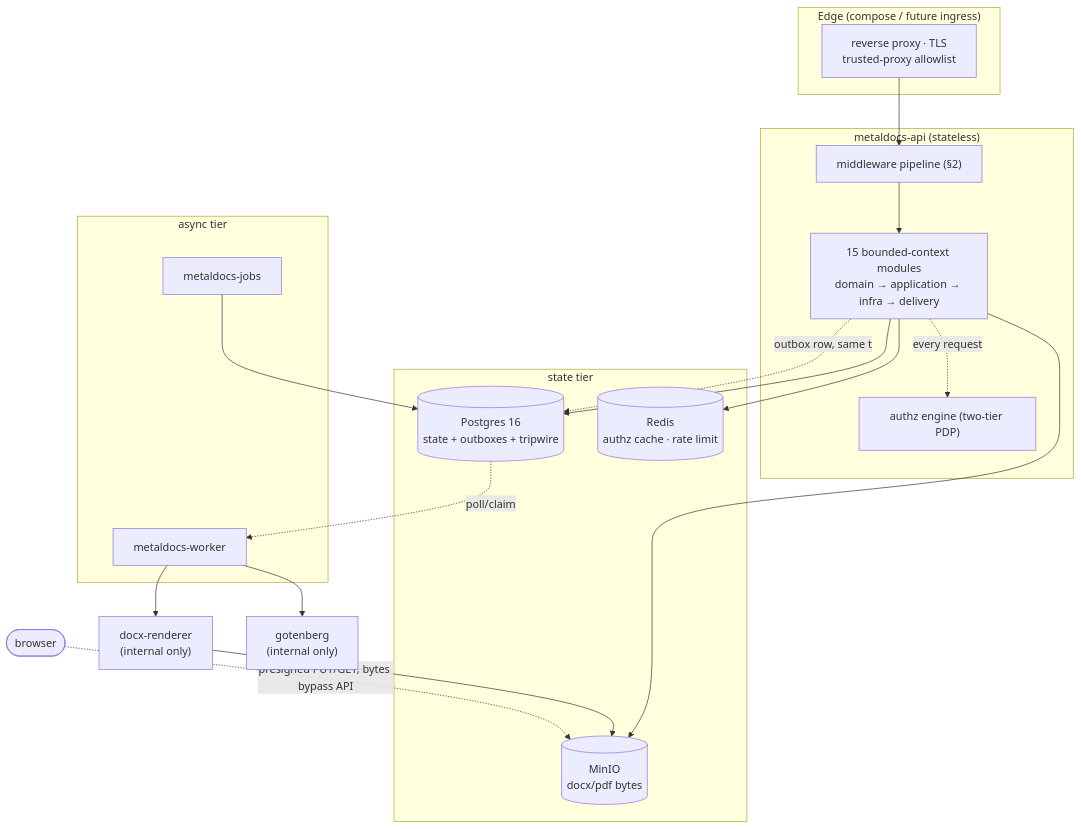
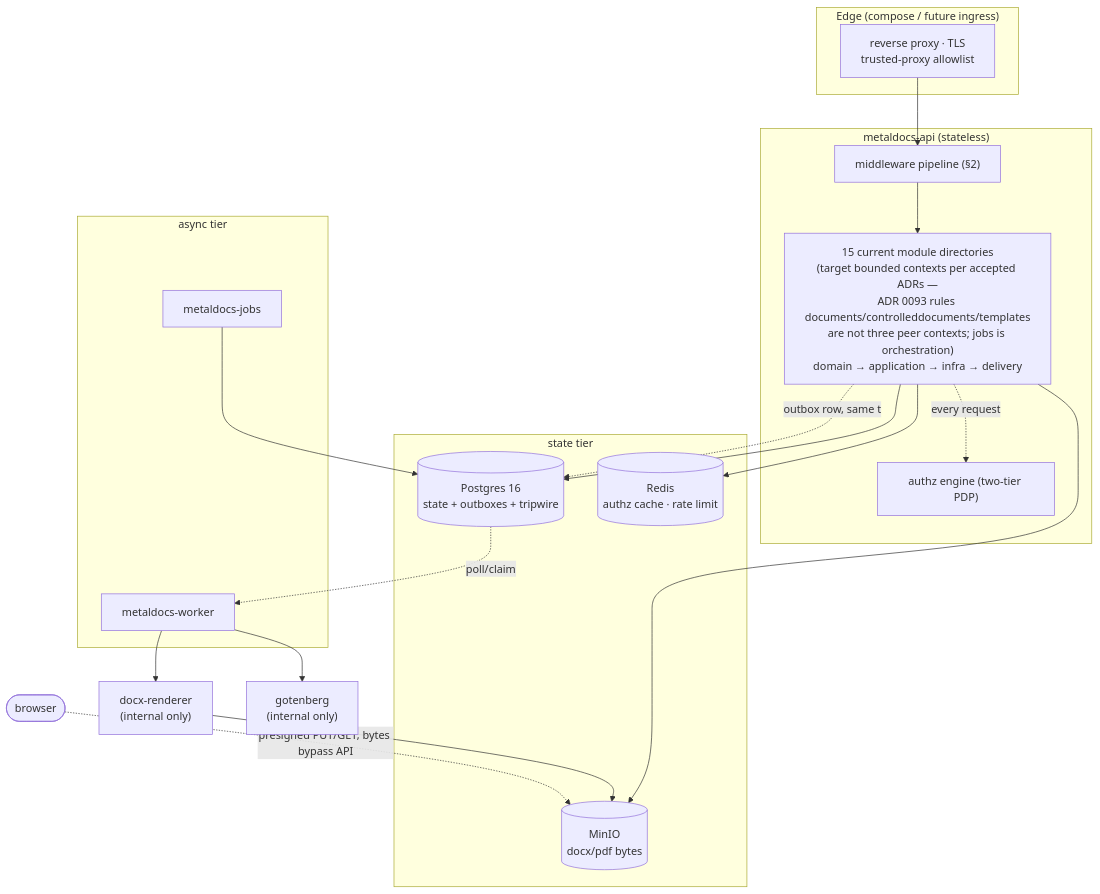
One commit to developmentconexus-ops/MetalDocs changed the first of 6 diagrams in wiki/architecture/backend-target-architecture.md. Above: the diagram before and after it, drawn with Mermaid. The commit also changed 4 other files, not shown here.

````diff
--- a/wiki/architecture/backend-target-architecture.md
+++ b/wiki/architecture/backend-target-architecture.md
@@ -28,32 +28,32 @@
 ```mermaid
 flowchart TB
     subgraph EDGE["Edge (compose / future ingress)"]
         GW["reverse proxy · TLS<br/>trusted-proxy allowlist"]
     end
     subgraph API["metaldocs-api (stateless)"]
         MW["middleware pipeline (§2)"]
-        MODS["15 bounded-context modules<br/>domain → application → infra → delivery"]
+        MODS["15 current module directories<br/>(target bounded contexts per accepted ADRs —<br/>ADR 0093 rules documents/controlleddocuments/templates<br/>are not three peer contexts; jobs is orchestration)<br/>domain → application → infra → delivery"]
         PDP["authz engine (two-tier PDP)"]
     end
     subgraph ASYNC["async tier"]
         WK["metaldocs-worker"]
         JB["metaldocs-jobs"]
     end
     subgraph STATE["state tier"]
         PG[("Postgres 16<br/>state + outboxes + tripwire")]
         RD[("Redis<br/>authz cache · rate limit")]
         MN[("MinIO<br/>docx/pdf bytes")]
     end
     DR["docx-renderer<br/>(internal only)"]
     GT["gotenberg<br/>(internal only)"]
 
     GW --> MW --> MODS
     MODS -.every request.-> PDP
     MODS --> PG & RD & MN
     MODS -.outbox row, same tx.-> PG
     PG -.poll/claim.-> WK
     WK --> DR --> MN
     WK --> GT
     JB --> PG
     Browser([browser]) -.presigned PUT/GET, bytes bypass API.-> MN
 ```
````
